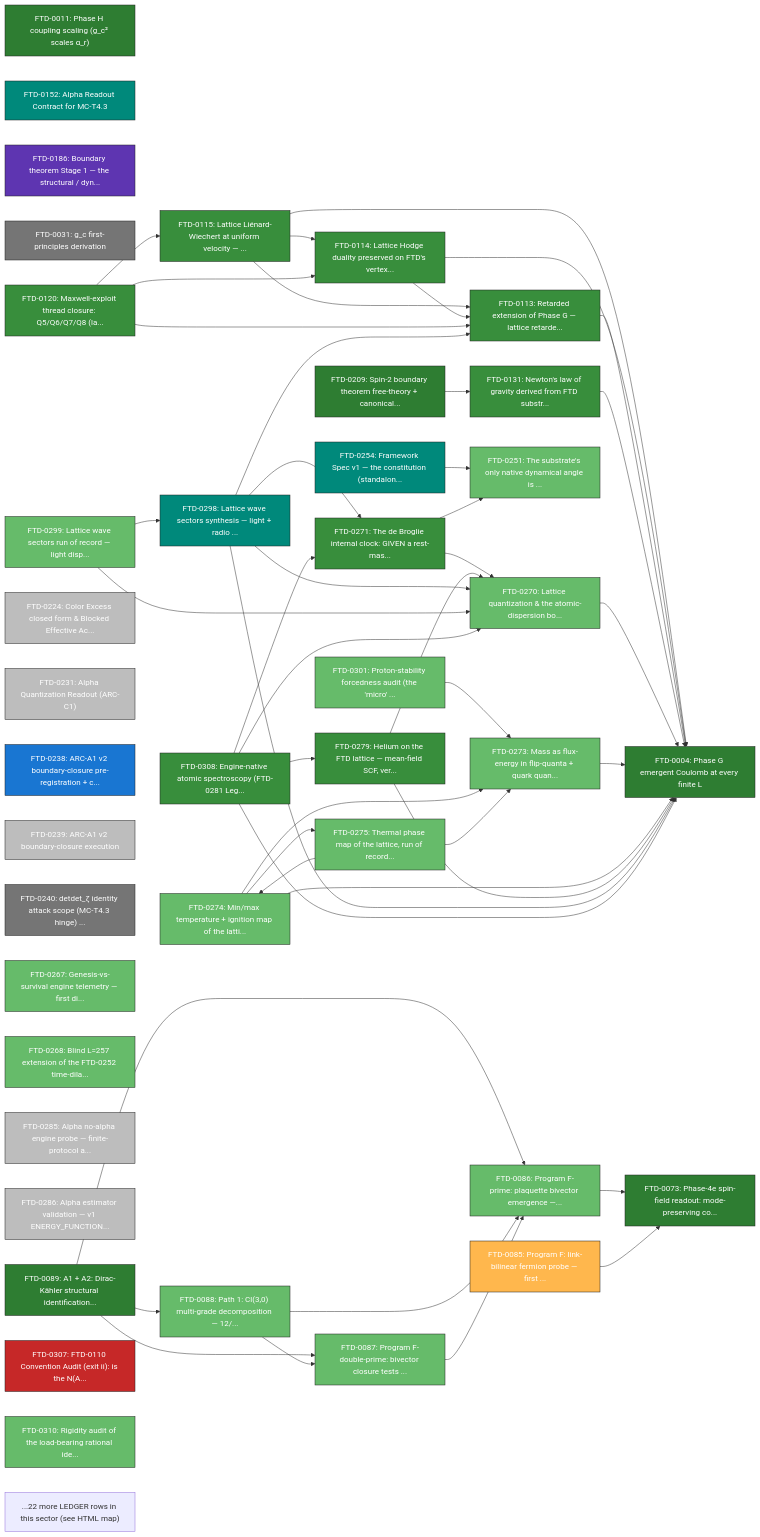
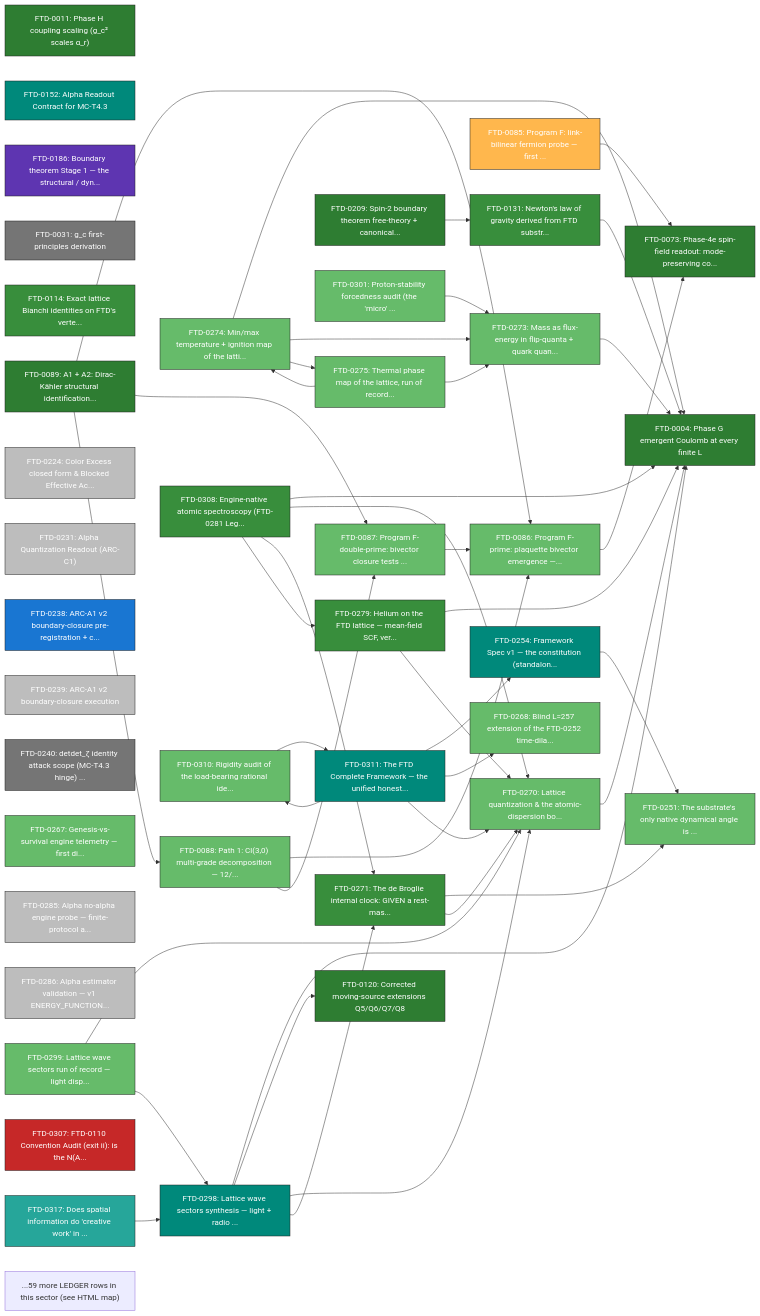
The second of 16 diagrams in docs/theory/09_mathematical/NODE_MAP_FTD_MATH.md (cpaci-tani/Foundational-Ternary-Dynamics), drawn with Mermaid before and after one commit. The commit also changed other lines of this file and 103 other files, not shown here.

````diff
--- a/docs/theory/09_mathematical/NODE_MAP_FTD_MATH.md
+++ b/docs/theory/09_mathematical/NODE_MAP_FTD_MATH.md
@@ -131,14 +165,10 @@
     style FTD_0031 fill:#757575,color:white,stroke:#222,stroke-width:1px
     FTD_0073["FTD-0073: Phase-4e spin-field readout: mode-preserving co..."]
     style FTD_0073 fill:#2e7d32,color:white,stroke:#222,stroke-width:1px
-    FTD_0115["FTD-0115: Lattice Liénard-Wiechert at uniform velocity — ..."]
-    style FTD_0115 fill:#388e3c,color:white,stroke:#222,stroke-width:1px
-    FTD_0114["FTD-0114: Lattice Hodge duality preserved on FTD's vertex..."]
+    FTD_0114["FTD-0114: Exact lattice Bianchi identities on FTD's verte..."]
     style FTD_0114 fill:#388e3c,color:white,stroke:#222,stroke-width:1px
-    FTD_0120["FTD-0120: Maxwell-exploit thread closure: Q5/Q6/Q7/Q8 (la..."]
-    style FTD_0120 fill:#388e3c,color:white,stroke:#222,stroke-width:1px
-    FTD_0113["FTD-0113: Retarded extension of Phase G — lattice retarde..."]
-    style FTD_0113 fill:#388e3c,color:white,stroke:#222,stroke-width:1px
+    FTD_0120["FTD-0120: Corrected moving-source extensions Q5/Q6/Q7/Q8"]
+    style FTD_0120 fill:#2e7d32,color:white,stroke:#222,stroke-width:1px
     FTD_0089["FTD-0089: A1 + A2: Dirac-Kähler structural identification..."]
     style FTD_0089 fill:#2e7d32,color:white,stroke:#222,stroke-width:1px
     FTD_0088["FTD-0088: Path 1: Cl(3,0) multi-grade decomposition — 12/..."]
@@ -199,15 +229,10 @@
     style FTD_0308 fill:#388e3c,color:white,stroke:#222,stroke-width:1px
     FTD_0310["FTD-0310: Rigidity audit of the load-bearing rational ide..."]
     style FTD_0310 fill:#66bb6a,color:white,stroke:#222,stroke-width:1px
-    FTD_0115 --> FTD_0004
-    FTD_0115 --> FTD_0113
-    FTD_0115 --> FTD_0114
-    FTD_0114 --> FTD_0004
-    FTD_0114 --> FTD_0113
-    FTD_0120 --> FTD_0113
-    FTD_0120 --> FTD_0114
-    FTD_0120 --> FTD_0115
-    FTD_0113 --> FTD_0004
+    FTD_0311["FTD-0311: The FTD Complete Framework — the unified honest..."]
+    style FTD_0311 fill:#00897b,color:white,stroke:#222,stroke-width:1px
+    FTD_0317["FTD-0317: Does spatial information do 'creative work' in ..."]
+    style FTD_0317 fill:#26a69a,color:white,stroke:#222,stroke-width:1px
     FTD_0089 --> FTD_0086
     FTD_0089 --> FTD_0087
     FTD_0089 --> FTD_0088
@@ -232,7 +257,7 @@
     FTD_0279 --> FTD_0004
     FTD_0279 --> FTD_0270
     FTD_0298 --> FTD_0004
-    FTD_0298 --> FTD_0113
+    FTD_0298 --> FTD_0120
     FTD_0298 --> FTD_0270
     FTD_0298 --> FTD_0271
     FTD_0299 --> FTD_0270
@@ -241,5 +266,11 @@
     FTD_0308 --> FTD_0270
     FTD_0308 --> FTD_0271
     FTD_0308 --> FTD_0279
-    note["...22 more LEDGER rows in this sector (see HTML map)"]
+    FTD_0310 --> FTD_0311
+    FTD_0311 --> FTD_0254
+    FTD_0311 --> FTD_0268
+    FTD_0311 --> FTD_0270
+    FTD_0311 --> FTD_0310
+    FTD_0317 --> FTD_0298
+    note["...59 more LEDGER rows in this sector (see HTML map)"]
 ```
````
